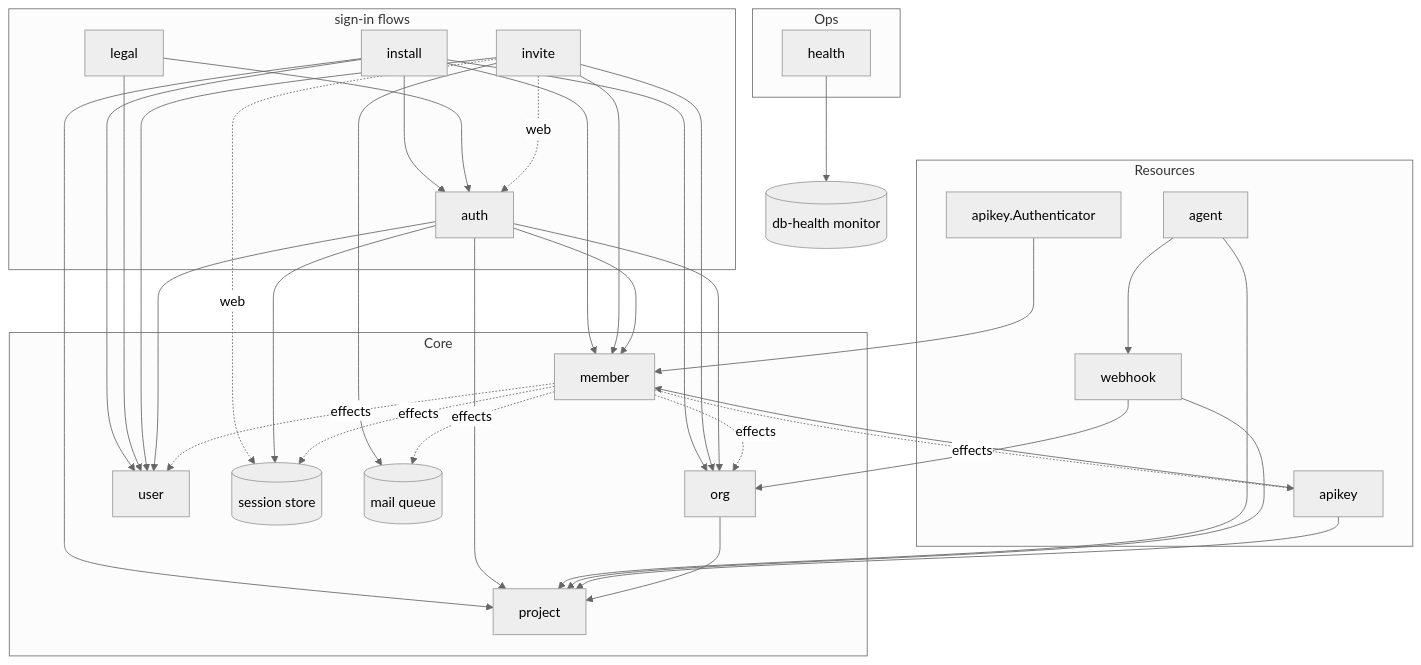
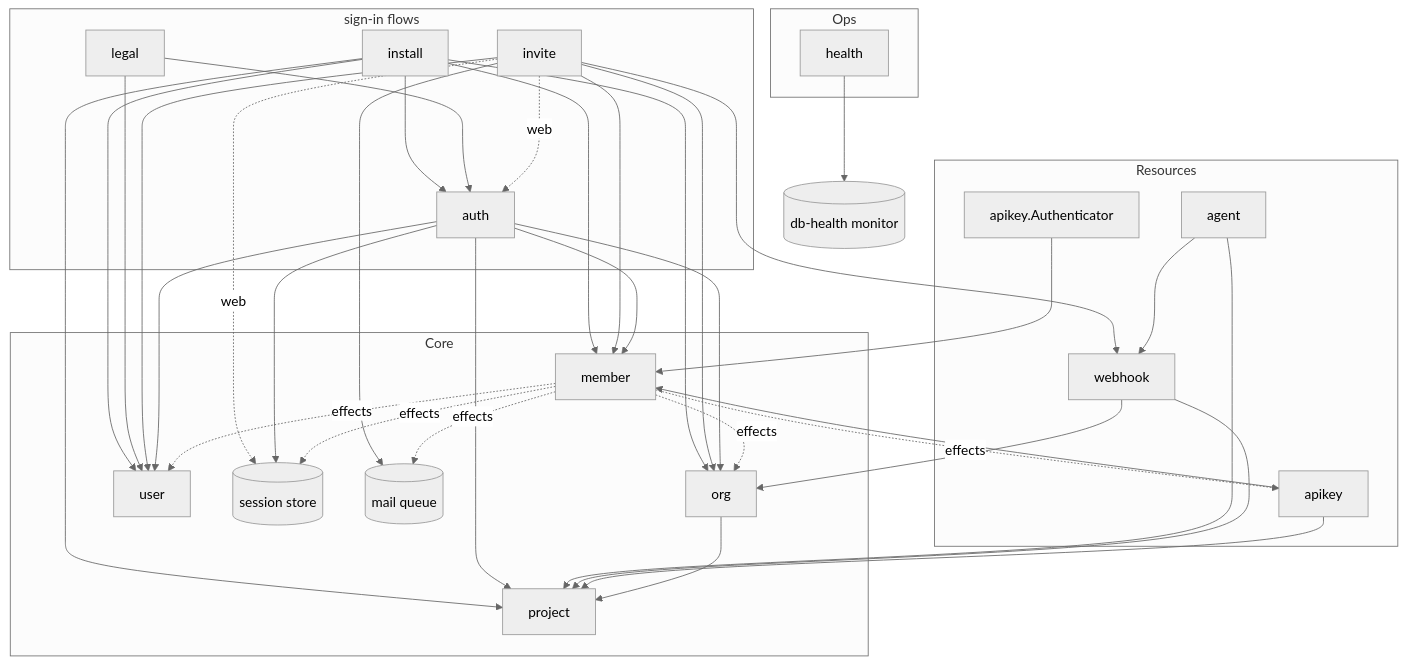
One commit to altalune-id/oagent changed the third of 3 diagrams in internal/boot/README.md. Above: the diagram before and after it, drawn with Mermaid (neutral theme). The commit also changed other lines of this file and 23 other files, not shown here.

Commit message:
feat(org/invite): invite.created and member.added webhook events

````diff
--- a/internal/boot/README.md
+++ b/internal/boot/README.md
@@ -104,44 +104,44 @@
 ```mermaid
 flowchart TD
     subgraph Flows["sign-in flows"]
         install
         legal
         auth
         invite
     end
     subgraph Ops
         health
     end
     subgraph Resources
         agent
         webhook
         apikey
         keyAuthn["apikey.Authenticator"]
     end
     subgraph Core
         org
         project
         member
         user
         sessions[(session store)]
         mailqueue[(mail queue)]
     end
 
     install --> auth
     legal --> auth
     install --> user & org & member & project
     legal --> user
-    invite --> member & user & org & mailqueue
+    invite --> member & user & org & mailqueue & webhook
     invite -. web .-> auth & sessions
     auth --> user & member & org & project & sessions
 
     agent --> webhook
     agent --> project
     webhook --> project & org
     apikey --> project & member
     keyAuthn --> member
     member -. effects .-> sessions & apikey & user & org & mailqueue
     health --> dbh[(db-health monitor)]
 
     org --> project
 ```
````
